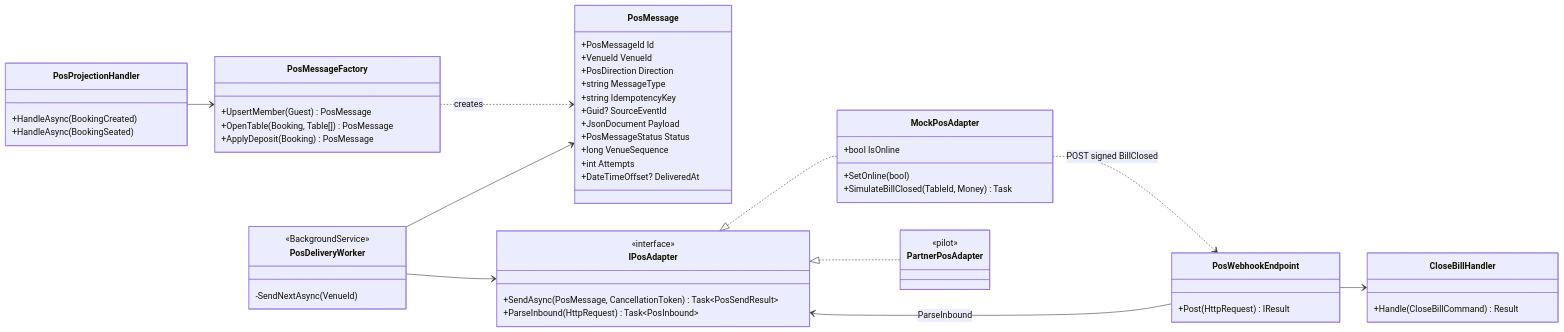
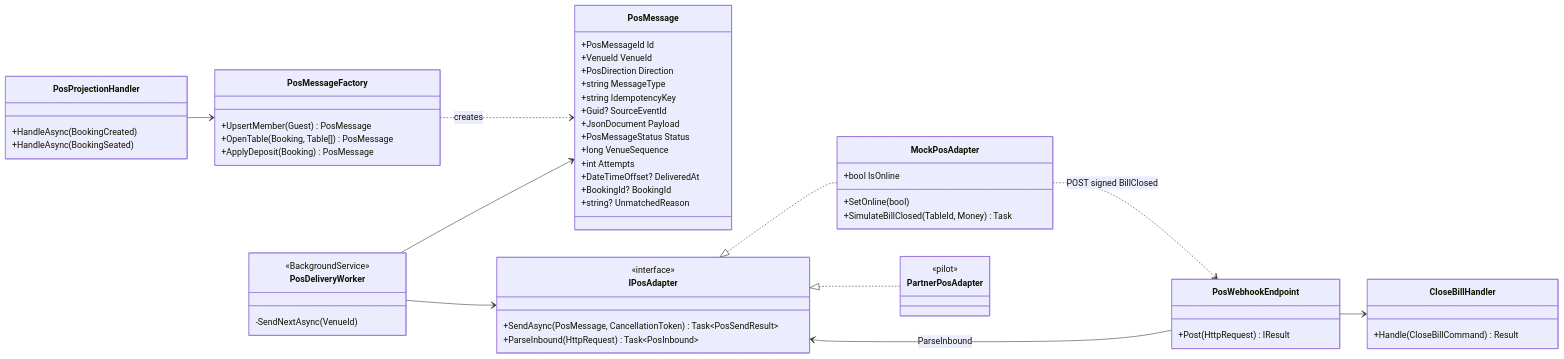
One commit to ring9834/TableReservation changed diagram 17 of 28 in docs/Design.md. Above: the diagram before and after it, drawn with Mermaid. The commit also changed other lines of this file, not shown here.

````diff
--- a/docs/Design.md
+++ b/docs/Design.md
@@ -864,59 +864,61 @@
 ```mermaid
 classDiagram
     direction LR
     class PosProjectionHandler {
         +HandleAsync(BookingCreated)
         +HandleAsync(BookingSeated)
     }
     class PosMessageFactory {
         +UpsertMember(Guest) PosMessage
         +OpenTable(Booking, Table[]) PosMessage
         +ApplyDeposit(Booking) PosMessage
     }
     class PosMessage {
         +PosMessageId Id
         +VenueId VenueId
         +PosDirection Direction
         +string MessageType
         +string IdempotencyKey
         +Guid? SourceEventId
         +JsonDocument Payload
         +PosMessageStatus Status
         +long VenueSequence
         +int Attempts
         +DateTimeOffset? DeliveredAt
+        +BookingId? BookingId
+        +string? UnmatchedReason
     }
     class PosDeliveryWorker {
         <<BackgroundService>>
         -SendNextAsync(VenueId)
     }
     class IPosAdapter {
         <<interface>>
         +SendAsync(PosMessage, CancellationToken) Task~PosSendResult~
         +ParseInbound(HttpRequest) Task~PosInbound~
     }
     class MockPosAdapter {
         +bool IsOnline
         +SetOnline(bool)
         +SimulateBillClosed(TableId, Money) Task
     }
     class PartnerPosAdapter {
         <<pilot>>
     }
     class PosWebhookEndpoint {
         +Post(HttpRequest) IResult
     }
     class CloseBillHandler {
         +Handle(CloseBillCommand) Result
     }
 
     PosProjectionHandler --> PosMessageFactory
     PosMessageFactory ..> PosMessage : creates
     PosDeliveryWorker --> PosMessage
     PosDeliveryWorker --> IPosAdapter
     IPosAdapter <|.. MockPosAdapter
     IPosAdapter <|.. PartnerPosAdapter
     MockPosAdapter ..> PosWebhookEndpoint : POST signed BillClosed
     PosWebhookEndpoint --> IPosAdapter : ParseInbound
     PosWebhookEndpoint --> CloseBillHandler
 ```
````
